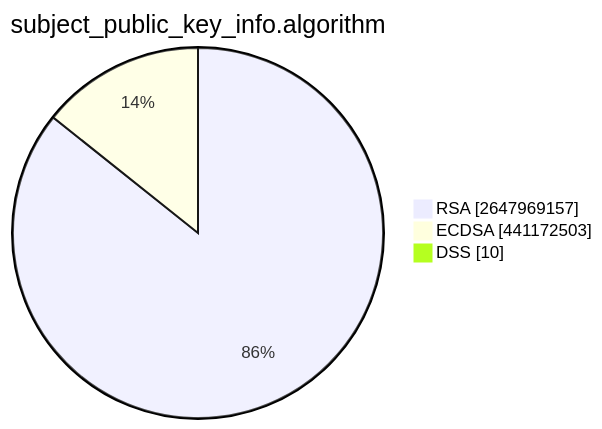
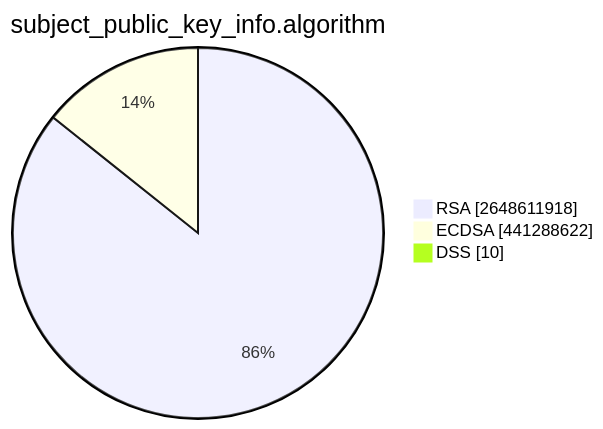
The second of 15 diagrams in TOTAL/README.md (christiankrug/ctmonitor_visualization), drawn with Mermaid before and after one commit. The commit also changed other lines of this file, not shown here.

````diff
--- a/TOTAL/README.md
+++ b/TOTAL/README.md
@@ -6,7 +6,7 @@
 ```mermaid
 pie showData
 title subject_public_key_info.algorithm
-"RSA" :2647969157
-"ECDSA" :441172503
+"RSA" :2648611918
+"ECDSA" :441288622
 "DSS" :10
 ```
````
